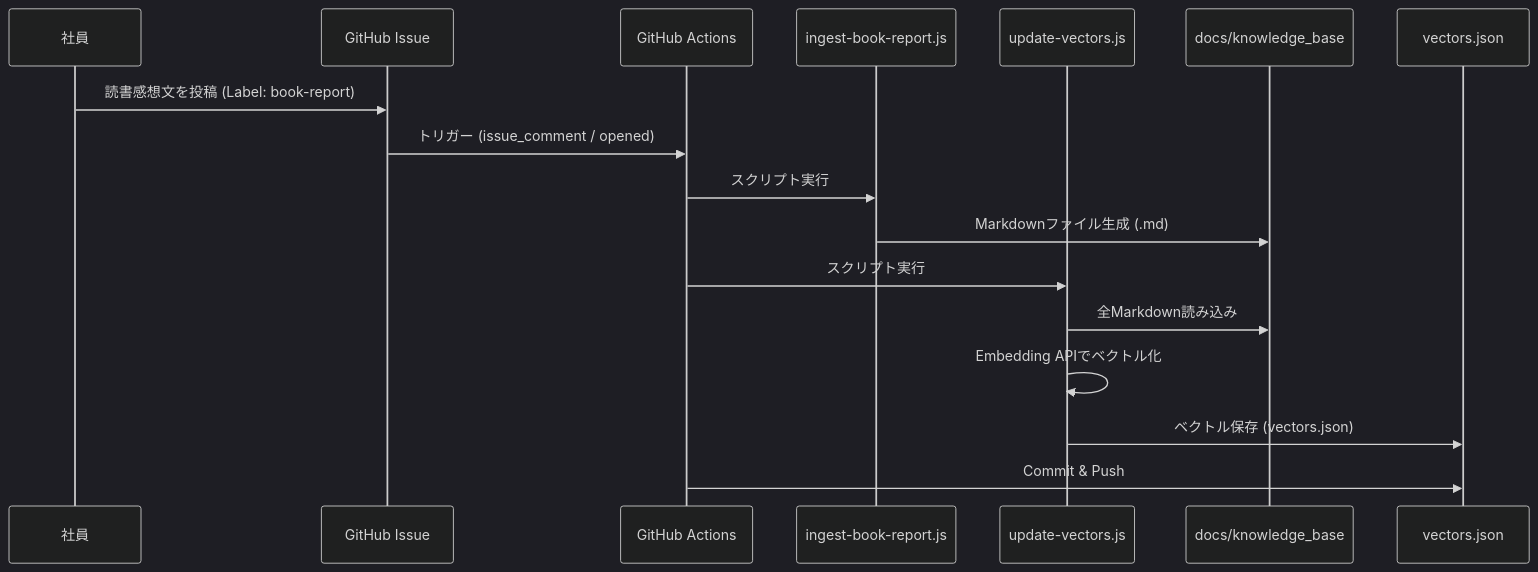
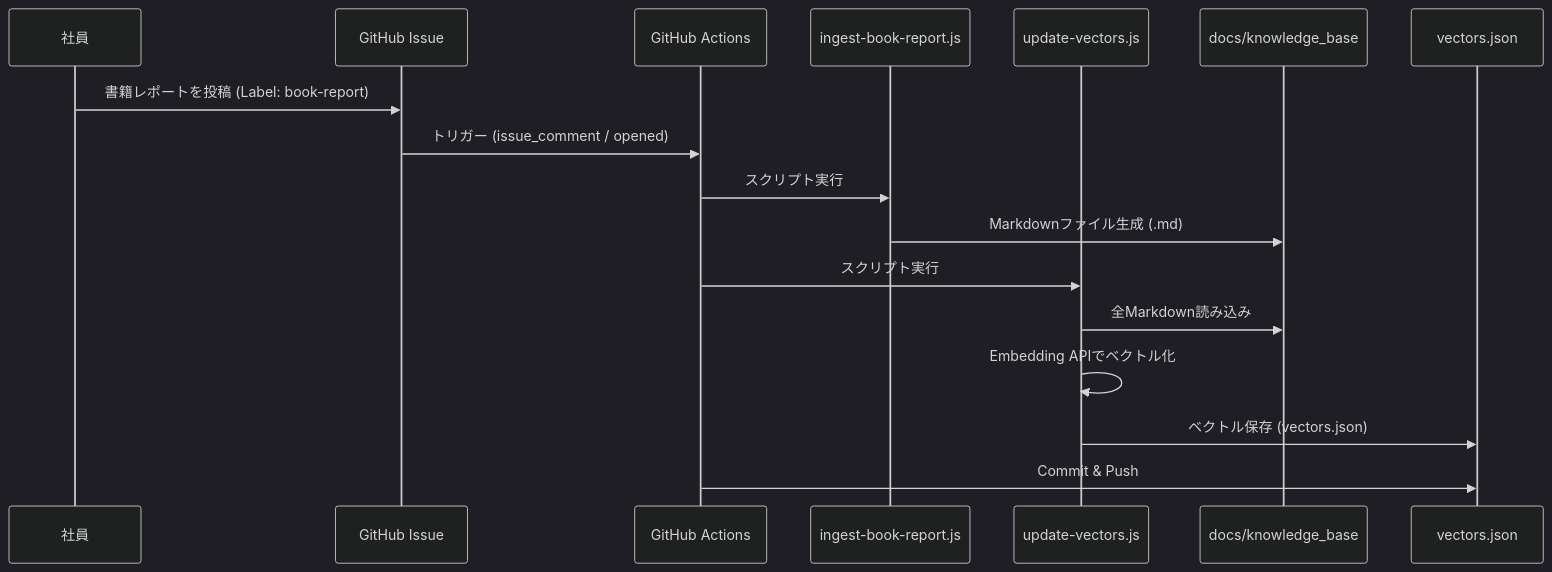
The first of 2 diagrams in README.md (Saitekiinc-com/saiteki-study-doc), drawn with Mermaid (dark theme) before and after one commit. The commit also changed other lines of this file and 7 other files, not shown here.

````diff
--- a/README.md
+++ b/README.md
@@ -52,20 +52,20 @@
 ```mermaid
 sequenceDiagram
     participant User as 社員
     participant Issue as GitHub Issue
     participant Action as GitHub Actions
     participant Ingest as ingest-book-report.js
     participant Vector as update-vectors.js
     participant KB as docs/knowledge_base
     participant JSON as vectors.json
 
-    User->>Issue: 読書感想文を投稿 (Label: book-report)
+    User->>Issue: 書籍レポートを投稿 (Label: book-report)
     Issue->>Action: トリガー (issue_comment / opened)
     Action->>Ingest: スクリプト実行
     Ingest->>KB: Markdownファイル生成 (.md)
     Action->>Vector: スクリプト実行
     Vector->>KB: 全Markdown読み込み
     Vector->>Vector: Embedding APIでベクトル化
     Vector->>JSON: ベクトル保存 (vectors.json)
     Action->>JSON: Commit & Push
 ```
````
